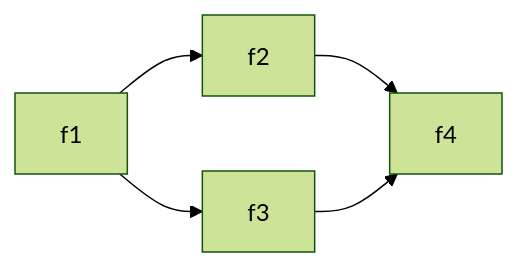
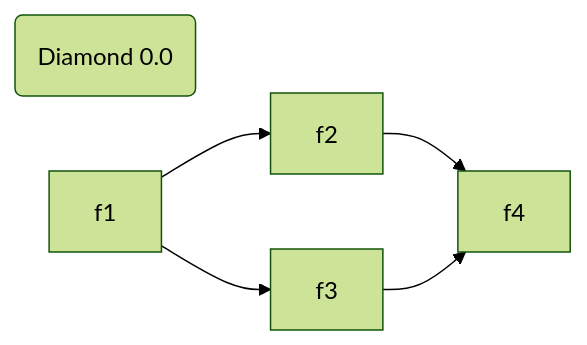
Before and after one commit to fsackur/WhoCalled: the first of 3 diagrams in Tests/Assets/mermaid.md, drawn with Mermaid (forest theme). The commit also changed other lines of this file and 4 other files, not shown here.

````diff
--- a/Tests/Assets/mermaid.md
+++ b/Tests/Assets/mermaid.md
@@ -9,7 +9,8 @@
 ```mermaid
 graph LR;
+    Module1(Diamond 0.0);
     f1-->f2;
     f1-->f3;
     f2-->f4;
     f3-->f4;
 ```
````
